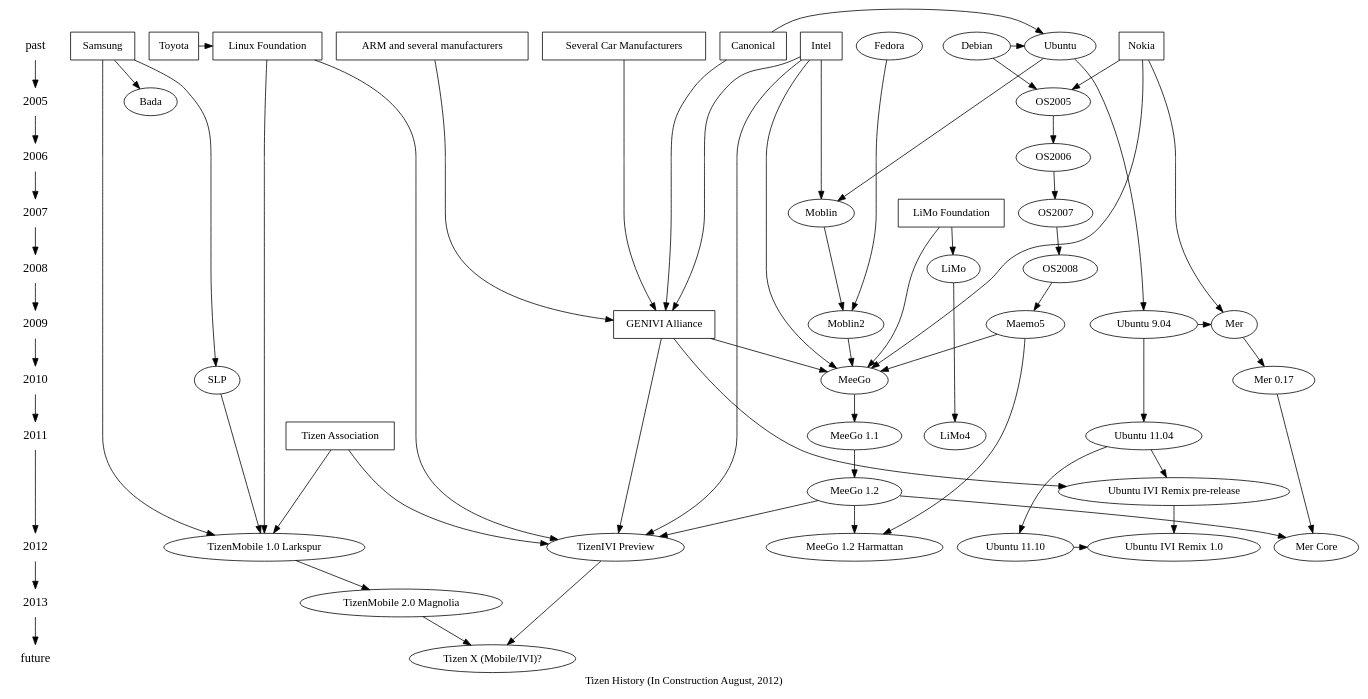
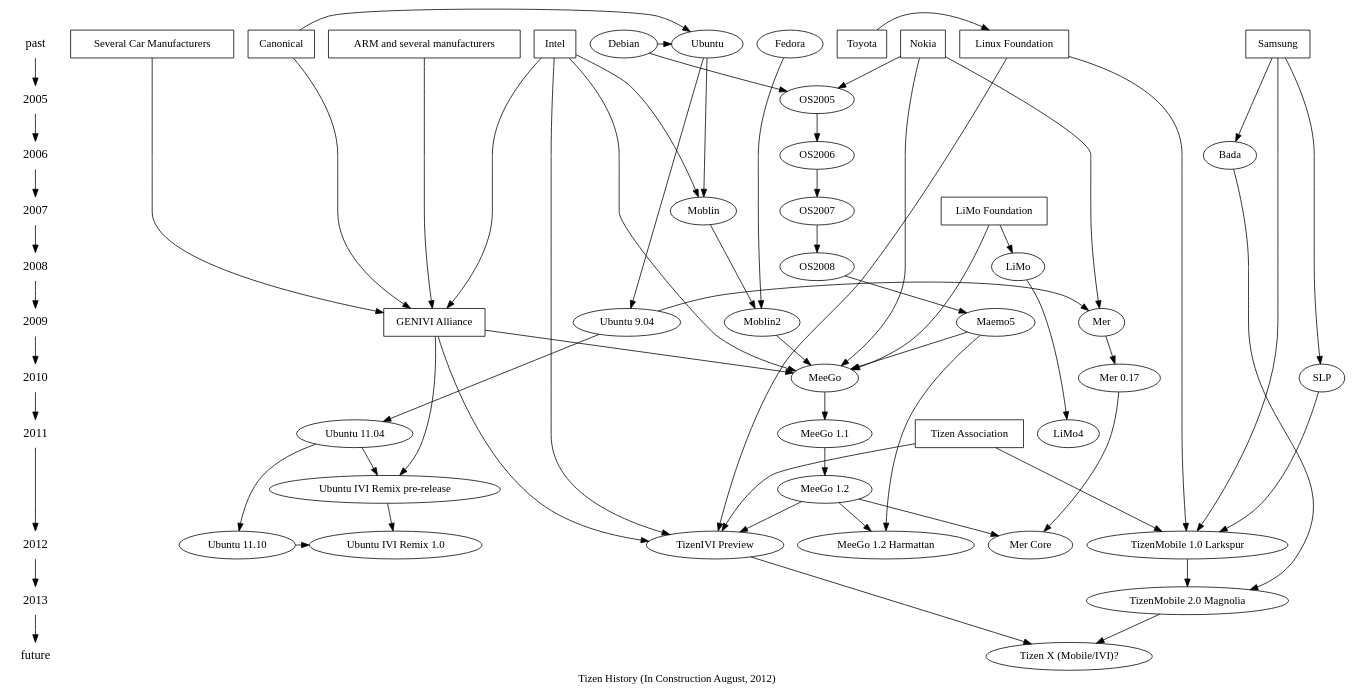
One commit to kumadasu/tizen-history changed the diagram in tizen-history.dot. Above: the diagram before and after it, drawn with Graphviz. The commit also changed 1 other file, not shown here.

Commit message:
Connect Tizen 2.0 Magnolia from Bada

```diff
--- a/tizen-history.dot
+++ b/tizen-history.dot
@@ -1,89 +1,90 @@
 digraph tizenhistory {
 graph [label="Tizen History (In Construction August, 2012)"]
 /*timeline*/
 {
 	node [shape=plaintext, fontsize=16];
 	"past" -> /*1990 ->
 	1991 -> 1992 -> 1993 -> 1994 -> 1995 ->
 	1996 -> 1997 -> 1998 -> 1999 -> 2000 ->
 	2001 -> 2002 -> 2003 -> 2004 ->*/ 2005 ->
 	2006 -> 2007 -> 2008 -> 2009 -> 2010 ->
 	2011 -> 2012 -> 2013 -> "future";
 }
 
 /* Organizations */
 {
 	node [shape=box];
 	{ rank = same; "past"; "Nokia"}
 	{ rank = same; "past"; "Intel"}
 	{ rank = same; "past"; "Samsung"}
 	{ rank = same; "past"; "ARM and several manufacturers"}
 	{ rank = same; "past"; "Several Car Manufacturers"}
 	{ rank = same; "past"; "Canonical"}
 	{ rank = same; "past"; "Linux Foundation"}
 	{ rank = same; "past"; "Toyota"}
 	{ rank = same; "2007"; "LiMo Foundation"}
 	{ rank = same; "2009"; "GENIVI Alliance"}
 	{ rank = same; "2011"; "Tizen Association"} //?
 "Toyota" -> "Linux Foundation";
 "Intel" -> "GENIVI Alliance";
 "Several Car Manufacturers" -> "GENIVI Alliance";
 "ARM and several manufacturers" -> "GENIVI Alliance";
 "Canonical" -> "GENIVI Alliance";
 }
 
 /* Technologies */
 {
 	node [shape=plaintext];
 //	"HTML5";
 }
 
 /* OS */
 { rank = same; "past"; "Ubuntu"; "Fedora"; "Debian"}
 { rank = same; 2005; "OS2005"}
 { rank = same; 2006; "OS2006"}
 { rank = same; 2007; "OS2007"; "Moblin"}
 { rank = same; 2008; "OS2008"; "LiMo"}
 { rank = same; 2009; "Maemo5"; "Moblin2"; "Ubuntu 9.04"; "Mer"}
 { rank = same; 2010; "MeeGo"; "Mer 0.17"; "SLP"}
 { rank = same; 2011; "Ubuntu 11.04"; "LiMo4"}
 { rank = same; "Ubuntu 11.10"; "Ubuntu IVI Remix 1.0"}
 { rank = same; 2012; "TizenMobile 1.0 Larkspur"; "TizenIVI Preview"};
 { rank = same; "TizenMobile 1.0 Larkspur" }
 { rank = same; 2013; "TizenMobile 2.0 Magnolia" }
 	"Debian" -> "Ubuntu";
 	"Debian" -> "OS2005" -> "OS2006" -> "OS2007" -> "OS2008" -> "Maemo5" -> "MeeGo";
 	"Ubuntu" -> "Moblin" -> "Moblin2";
 	"Fedora" -> "Moblin2" -> "MeeGo";
 	"Ubuntu 9.04" -> "Mer" -> "Mer 0.17" -> "Mer Core";
 	"LiMo" -> "LiMo4";
 	"MeeGo" -> "MeeGo 1.1" -> "MeeGo 1.2" -> "TizenIVI Preview";
 	"Maemo5" -> "MeeGo 1.2 Harmattan";
 	"MeeGo 1.2" -> "Mer Core";
 	"MeeGo 1.2" -> "MeeGo 1.2 Harmattan";
 	"SLP" -> "TizenMobile 1.0 Larkspur";
+	"Bada" -> "TizenMobile 2.0 Magnolia";
 	"TizenMobile 1.0 Larkspur" -> "TizenMobile 2.0 Magnolia" -> "Tizen X (Mobile/IVI)?";
 	"TizenIVI Preview" -> "Tizen X (Mobile/IVI)?";
 	"Ubuntu" -> "Ubuntu 9.04" -> "Ubuntu 11.04" -> "Ubuntu 11.10" -> "Ubuntu IVI Remix 1.0";
 	"Ubuntu 11.04" -> "Ubuntu IVI Remix pre-release" -> "Ubuntu IVI Remix 1.0";
 
 "Canonical" -> "Ubuntu";
 "Nokia" -> "OS2005";
 "Intel" -> "Moblin";
 "Intel" -> "MeeGo";
 "Nokia" -> "Mer";
 "Nokia" -> "MeeGo";
 "Samsung" -> "Bada";
 "Samsung" -> "SLP";
 "Intel" -> "TizenIVI Preview";
 "Samsung" -> "TizenMobile 1.0 Larkspur";
 "GENIVI Alliance" -> "MeeGo";
 "GENIVI Alliance" -> "TizenIVI Preview";
 "GENIVI Alliance" -> "Ubuntu IVI Remix pre-release";
 "LiMo Foundation" -> "LiMo";
 "LiMo Foundation" -> "MeeGo";
 "Tizen Association" -> "TizenIVI Preview";
 "Tizen Association" -> "TizenMobile 1.0 Larkspur";
 "Linux Foundation" -> "TizenIVI Preview";
 "Linux Foundation" -> "TizenMobile 1.0 Larkspur";
 }
```
